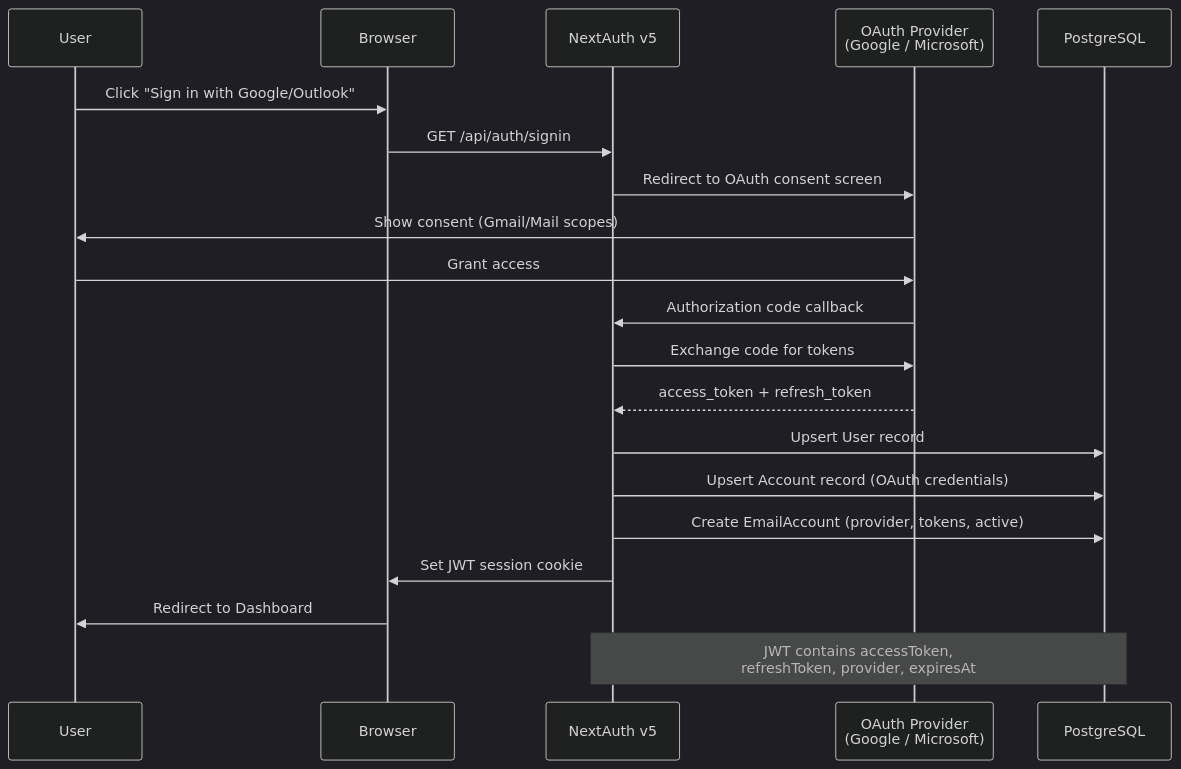
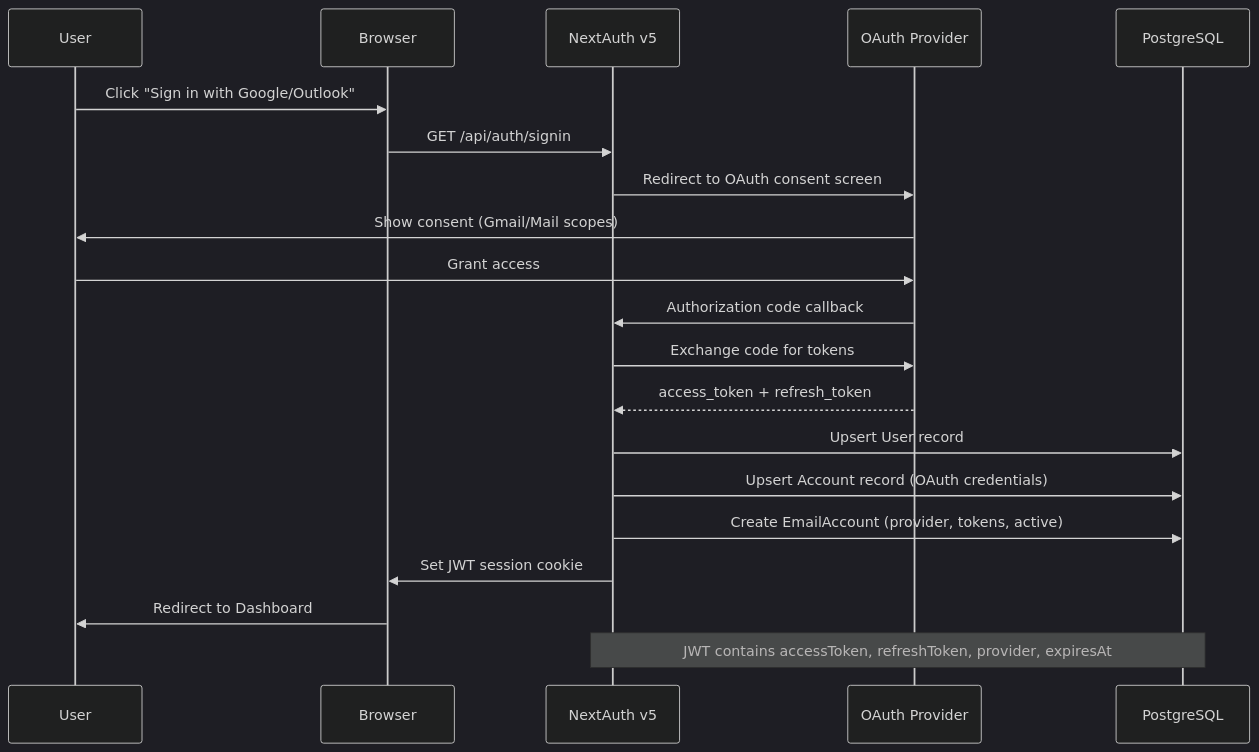
The third of 9 diagrams in README.md (viditkbhatnagar/Email-Agent), drawn with Mermaid (dark theme) before and after one commit. The commit also changed other lines of this file, not shown here.

First line of the commit message:
Fix Mermaid diagrams: replace HTML br tags with GitHub-compatible syntax

````diff
--- a/README.md
+++ b/README.md
@@ -132,26 +132,26 @@
 ```mermaid
 sequenceDiagram
     participant U as User
     participant B as Browser
     participant NA as NextAuth v5
-    participant P as OAuth Provider<br/>(Google / Microsoft)
+    participant P as OAuth Provider
     participant DB as PostgreSQL
 
     U->>B: Click "Sign in with Google/Outlook"
     B->>NA: GET /api/auth/signin
     NA->>P: Redirect to OAuth consent screen
     P->>U: Show consent (Gmail/Mail scopes)
     U->>P: Grant access
     P->>NA: Authorization code callback
     NA->>P: Exchange code for tokens
     P-->>NA: access_token + refresh_token
 
     NA->>DB: Upsert User record
     NA->>DB: Upsert Account record (OAuth credentials)
     NA->>DB: Create EmailAccount (provider, tokens, active)
 
     NA->>B: Set JWT session cookie
     B->>U: Redirect to Dashboard
 
-    Note over NA,DB: JWT contains accessToken,<br/>refreshToken, provider, expiresAt
+    Note over NA,DB: JWT contains accessToken, refreshToken, provider, expiresAt
 ```
````
